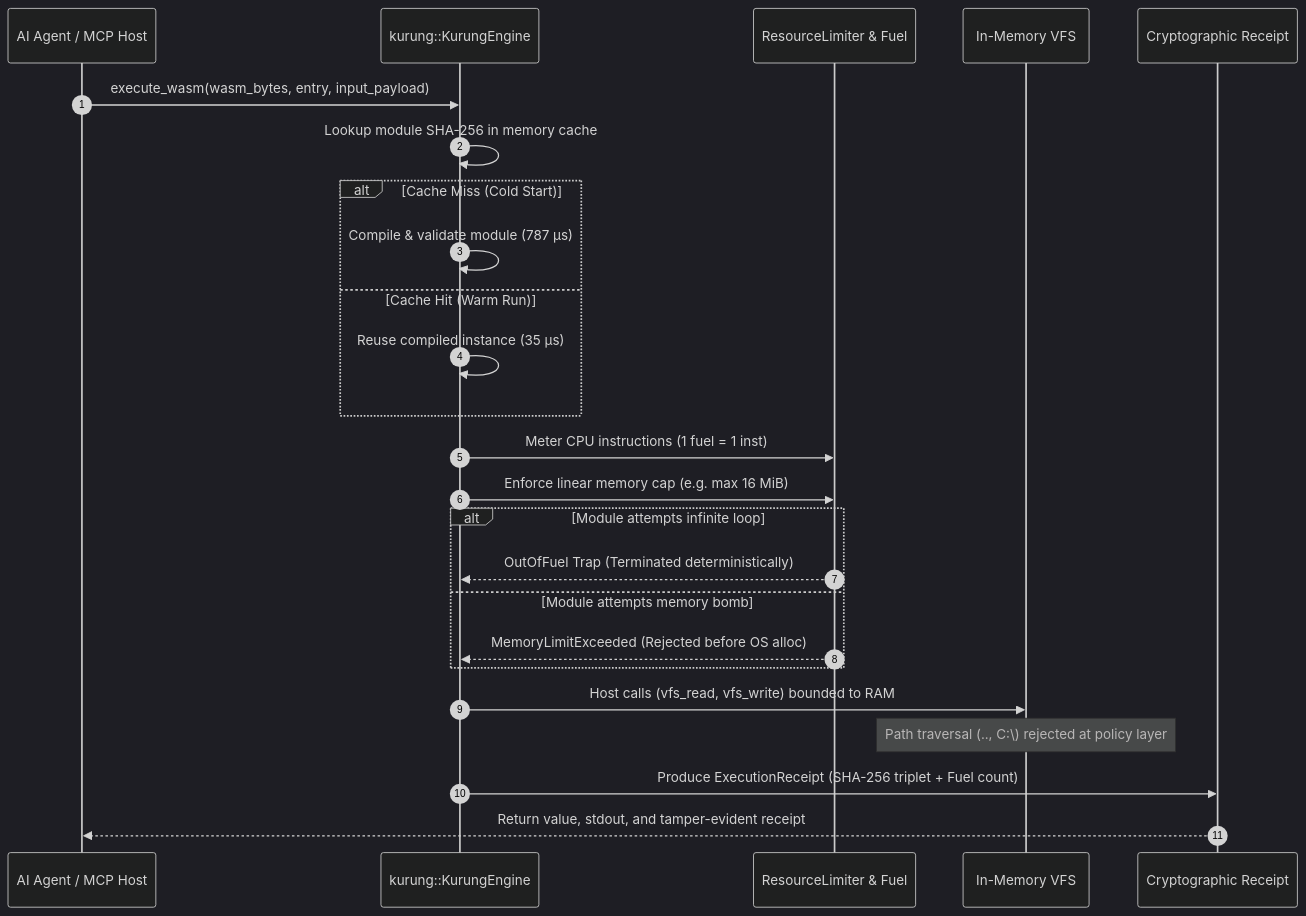
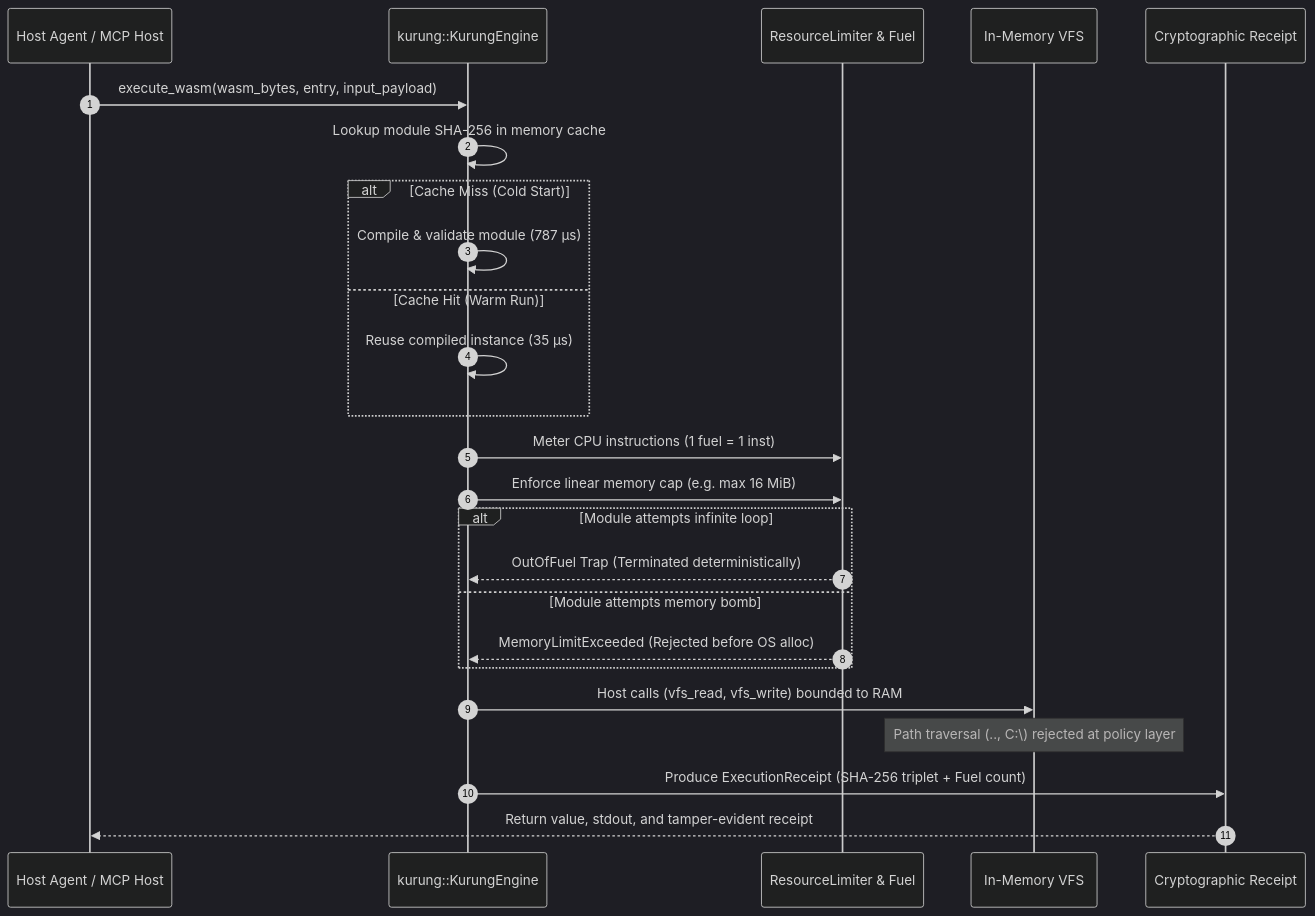
Before and after one commit to koodoxz/kurung: the second of 2 diagrams in README.md, drawn with Mermaid (dark theme). The commit also changed other lines of this file and 1 other file, not shown here.

Commit message:
docs: add official Kurung banner image and remove AI emoji fluff from system architecture diagram

````diff
--- a/README.md
+++ b/README.md
@@ -68,28 +74,28 @@
 ```mermaid
 sequenceDiagram
     autonumber
-    participant Agent as AI Agent / MCP Host
+    participant Agent as Host Agent / MCP Host
     participant Kurung as kurung::KurungEngine
     participant Limiter as ResourceLimiter & Fuel
     participant VFS as In-Memory VFS
     participant Output as Cryptographic Receipt
 
     Agent->>Kurung: execute_wasm(wasm_bytes, entry, input_payload)
     Kurung->>Kurung: Lookup module SHA-256 in memory cache
     alt Cache Miss (Cold Start)
         Kurung->>Kurung: Compile & validate module (787 µs)
     else Cache Hit (Warm Run)
         Kurung->>Kurung: Reuse compiled instance (35 µs)
     end
     Kurung->>Limiter: Meter CPU instructions (1 fuel = 1 inst)
     Kurung->>Limiter: Enforce linear memory cap (e.g. max 16 MiB)
     alt Module attempts infinite loop
         Limiter-->>Kurung: OutOfFuel Trap (Terminated deterministically)
     else Module attempts memory bomb
         Limiter-->>Kurung: MemoryLimitExceeded (Rejected before OS alloc)
     end
     Kurung->>VFS: Host calls (vfs_read, vfs_write) bounded to RAM
     Note over VFS: Path traversal (.., C:\) rejected at policy layer
     Kurung->>Output: Produce ExecutionReceipt (SHA-256 triplet + Fuel count)
     Output-->>Agent: Return value, stdout, and tamper-evident receipt
 ```
````
